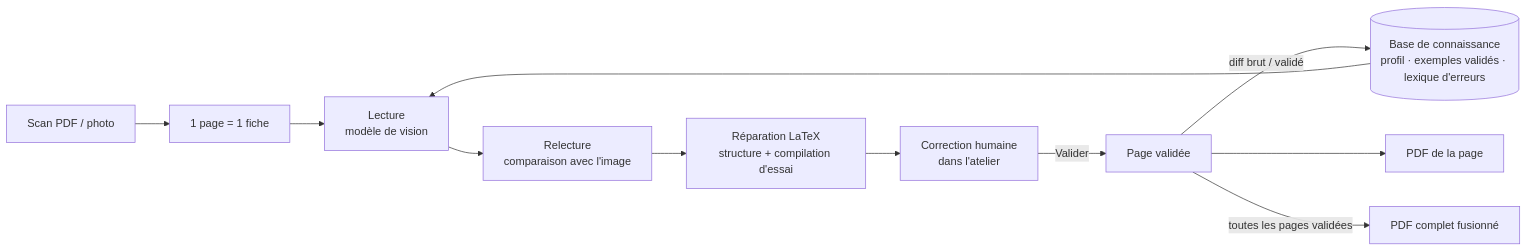
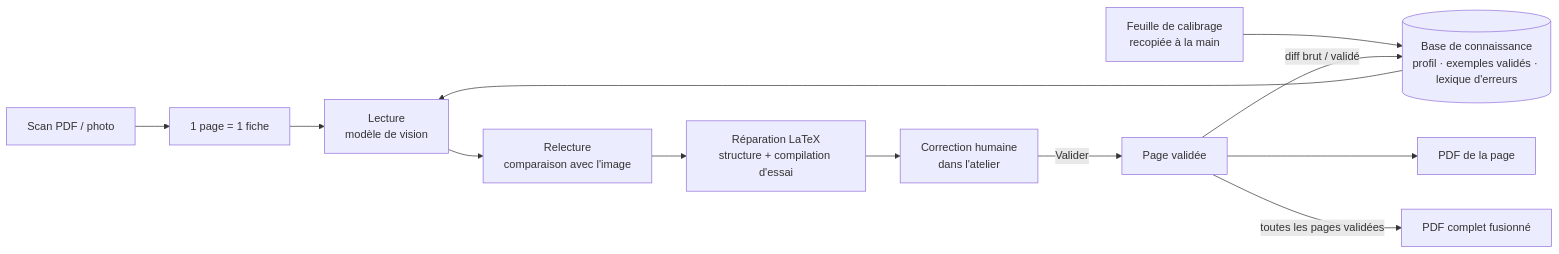
The diagram in README.md (jarod-8723/ocr-fiches), drawn with Mermaid before and after one commit. The commit also changed other lines of this file and 21 other files, not shown here.

First line of the commit message:
Calibrage : feuille à recopier (DA des fiches), vérité terrain utilisée comme exemples ; retrait de mes fiches de cours

````diff
--- a/README.md
+++ b/README.md
@@ -44,13 +43,14 @@
 ```mermaid
 flowchart LR
     S[Scan PDF / photo] --> P[1 page = 1 fiche]
     P --> L[Lecture<br/>modèle de vision]
+    T[Feuille de calibrage<br/>recopiée à la main] --> K
     K[(Base de connaissance<br/>profil · exemples validés · lexique d'erreurs)] --> L
     L --> R[Relecture<br/>comparaison avec l'image]
     R --> E[Réparation LaTeX<br/>structure + compilation d'essai]
     E --> C[Correction humaine<br/>dans l'atelier]
     C -->|Valider| V[Page validée]
     V -->|diff brut / validé| K
     V --> F[PDF de la page]
     V -->|toutes les pages validées| G[PDF complet fusionné]
 ```
````
